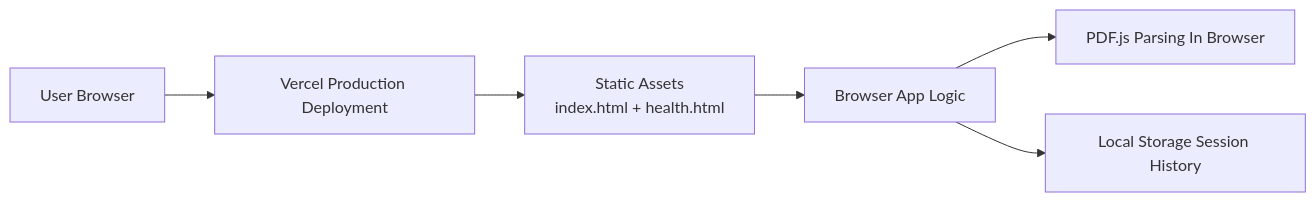
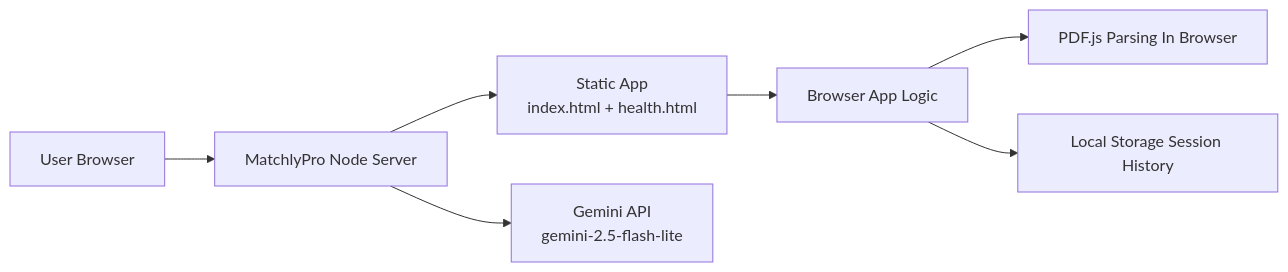
One commit to muhammadhammad2005/MatchlyPro changed the first of 5 diagrams in README.md. Above: the diagram before and after it, drawn with Mermaid. The commit also changed other lines of this file and 4 other files, not shown here.

````diff
--- a/README.md
+++ b/README.md
@@ -58,8 +58,9 @@
 ```mermaid
 flowchart LR
-    U[User Browser] --> V[Vercel Production Deployment]
-    V --> S[Static Assets<br/>index.html + health.html]
+    U[User Browser] --> A[MatchlyPro Node Server]
+    A --> S[Static App<br/>index.html + health.html]
+    A --> R[Gemini API<br/>gemini-2.5-flash-lite]
     S --> J[Browser App Logic]
     J --> P[PDF.js Parsing In Browser]
     J --> L[Local Storage Session History]
 ```
````
